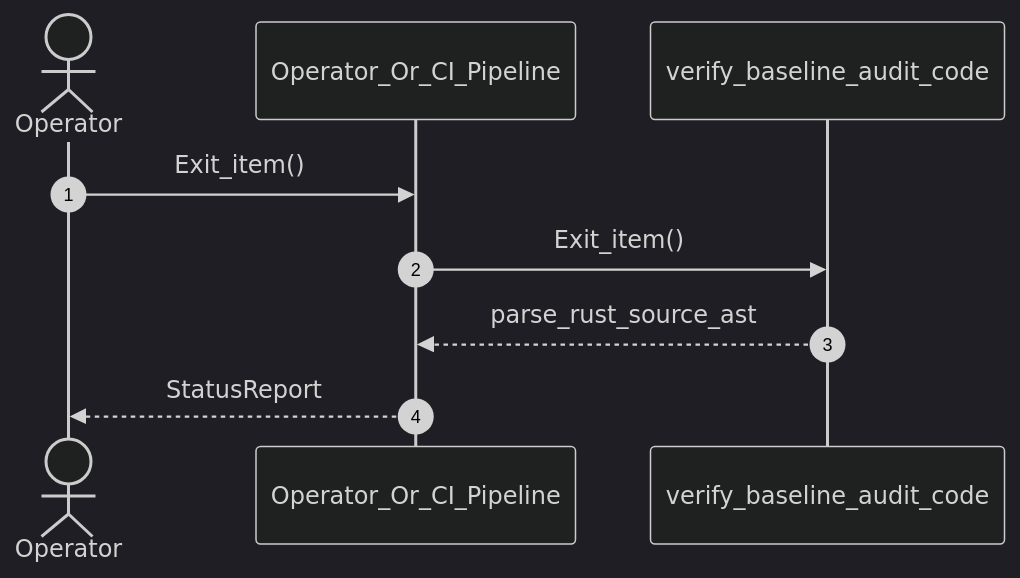
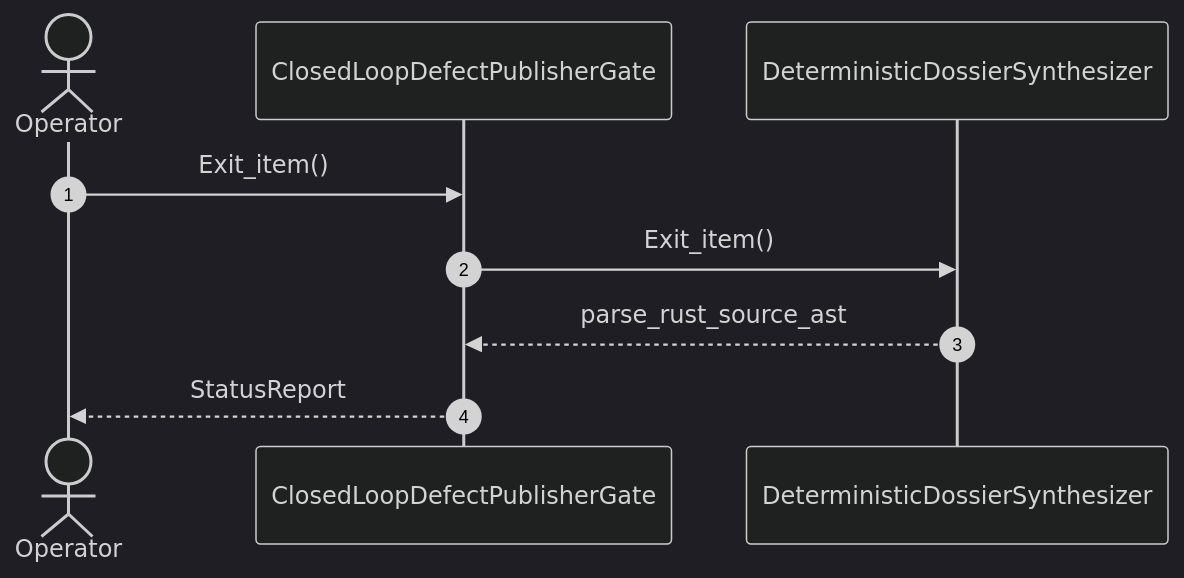
The diagram in .pipeline/upstream/docs/user-stories/US-62-Exit_item.md (gintatkinson/DEAP01-spec-core), drawn with Mermaid (dark theme) before and after one commit. The commit also changed other lines of this file and 179 other files, not shown here.

Commit message:
fix(compiler): remediate upstream specification forward projection, diagram synthesis, and GitHub blob URL resolution

````diff
--- a/.pipeline/upstream/docs/user-stories/US-62-Exit_item.md
+++ b/.pipeline/upstream/docs/user-stories/US-62-Exit_item.md
@@ -16,11 +16,11 @@
 ```mermaid
 sequenceDiagram
     autonumber
     actor Operator
-    participant Operator_Or_CI_Pipeline
-    participant verify_baseline_audit_code
-    Operator->>Operator_Or_CI_Pipeline: Exit_item()
-    Operator_Or_CI_Pipeline->>verify_baseline_audit_code: Exit_item()
-    verify_baseline_audit_code-->>Operator_Or_CI_Pipeline: parse_rust_source_ast
-    Operator_Or_CI_Pipeline-->>Operator: StatusReport
+    participant ClosedLoopDefectPublisherGate
+    participant DeterministicDossierSynthesizer
+    Operator->>ClosedLoopDefectPublisherGate: Exit_item()
+    ClosedLoopDefectPublisherGate->>DeterministicDossierSynthesizer: Exit_item()
+    DeterministicDossierSynthesizer-->>ClosedLoopDefectPublisherGate: parse_rust_source_ast
+    ClosedLoopDefectPublisherGate-->>Operator: StatusReport
 ```
````
